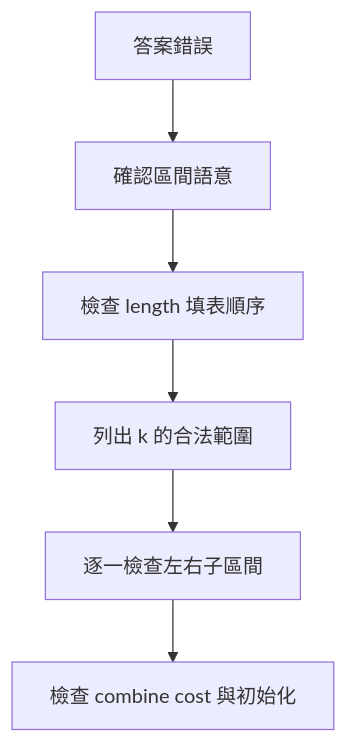
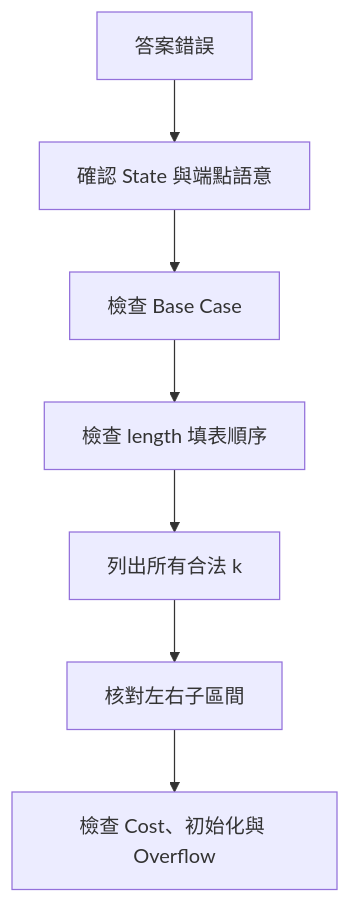
Before and after one commit to davidchen0970/algorithm_note: the third of 3 diagrams in 09_dynamic_programming/42_interval_dp.md, drawn with Mermaid. The commit also changed other lines of this file, not shown here.

````diff
--- a/09_dynamic_programming/42_interval_dp.md
+++ b/09_dynamic_programming/42_interval_dp.md
@@ -696,8 +788,9 @@
 ```mermaid
 flowchart TD
-    A["答案錯誤"] --> B["確認區間語意"]
-    B --> C["檢查 length 填表順序"]
-    C --> D["列出 k 的合法範圍"]
-    D --> E["逐一檢查左右子區間"]
-    E --> F["檢查 combine cost 與初始化"]
+    A["答案錯誤"] --> B["確認 State 與端點語意"]
+    B --> C["檢查 Base Case"]
+    C --> D["檢查 length 填表順序"]
+    D --> E["列出所有合法 k"]
+    E --> F["核對左右子區間"]
+    F --> G["檢查 Cost、初始化與 Overflow"]
 ```
````
